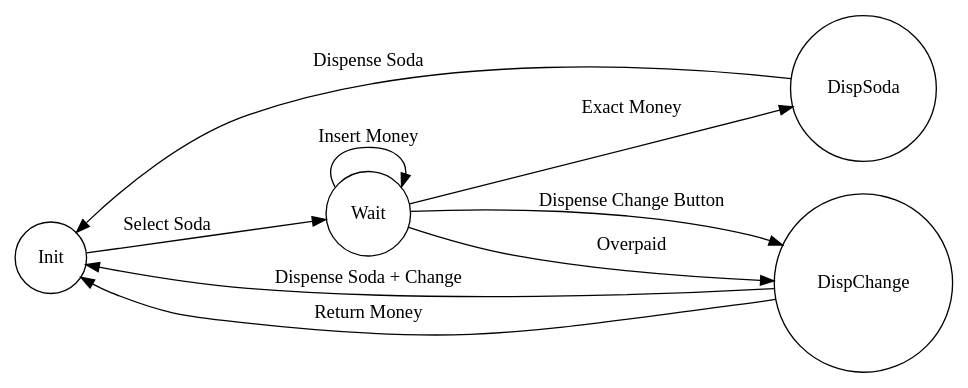
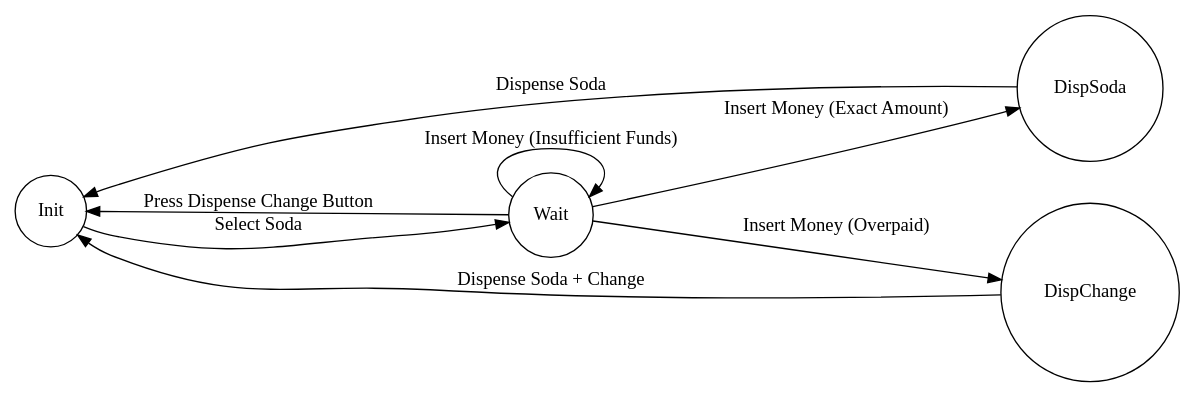
One commit to Zollicoff/csusb changed the diagram in cse3100_fall24/fsm_sodamachine3graph.dot. Above: the diagram before and after it, drawn with Graphviz.

Commit message:
Nov 20, 2024, 9:13 PM

```diff
--- a/cse3100_fall24/fsm_sodamachine3graph.dot
+++ b/cse3100_fall24/fsm_sodamachine3graph.dot
@@ -1,13 +1,12 @@
 digraph SodaMachineFSM {
     rankdir=LR;
     node [shape=circle];
 
     Init -> Wait [label="Select Soda"];
-    Wait -> Wait [label="Insert Money"];
-    Wait -> DispSoda [label="Exact Money"];
-    Wait -> DispChange [label="Overpaid"];
-    Wait -> DispChange [label="Dispense Change Button"];
+    Wait -> Wait [label="Insert Money (Insufficient Funds)"];
+    Wait -> DispSoda [label="Insert Money (Exact Amount)"];
+    Wait -> DispChange [label="Insert Money (Overpaid)"];
+    Wait -> Init [label="Press Dispense Change Button"];
     DispSoda -> Init [label="Dispense Soda"];
     DispChange -> Init [label="Dispense Soda + Change"];
-    DispChange -> Init [label="Return Money"];
 }
```
